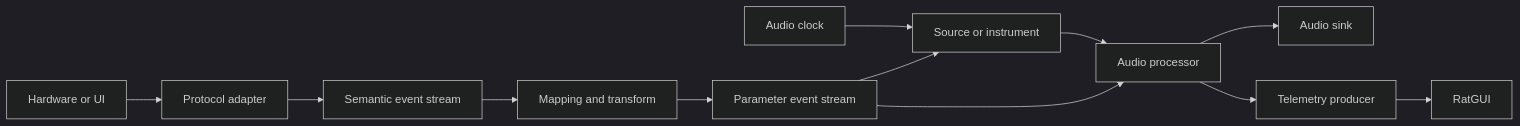
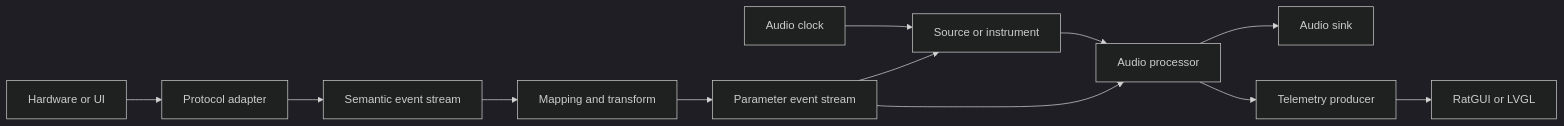
One commit to mattih11/MusicRaT changed the diagram in docs/SIGNALS_AND_PORTS.md. Above: the diagram before and after it, drawn with Mermaid (dark theme). The commit also changed other lines of this file and 21 other files, not shown here.

````diff
--- a/docs/SIGNALS_AND_PORTS.md
+++ b/docs/SIGNALS_AND_PORTS.md
@@ -19,14 +19,14 @@
 ```mermaid
 flowchart LR
     Hardware[Hardware or UI] --> Adapter[Protocol adapter]
     Adapter --> Semantic[Semantic event stream]
     Semantic --> Mapper[Mapping and transform]
     Mapper --> Control[Parameter event stream]
     Clock[Audio clock] --> Source[Source or instrument]
     Control --> Source
     Source --> Processor[Audio processor]
     Control --> Processor
     Processor --> Sink[Audio sink]
     Processor --> Telemetry[Telemetry producer]
-    Telemetry --> GUI[RatGUI]
+    Telemetry --> GUI[RatGUI or LVGL]
 ```
````
